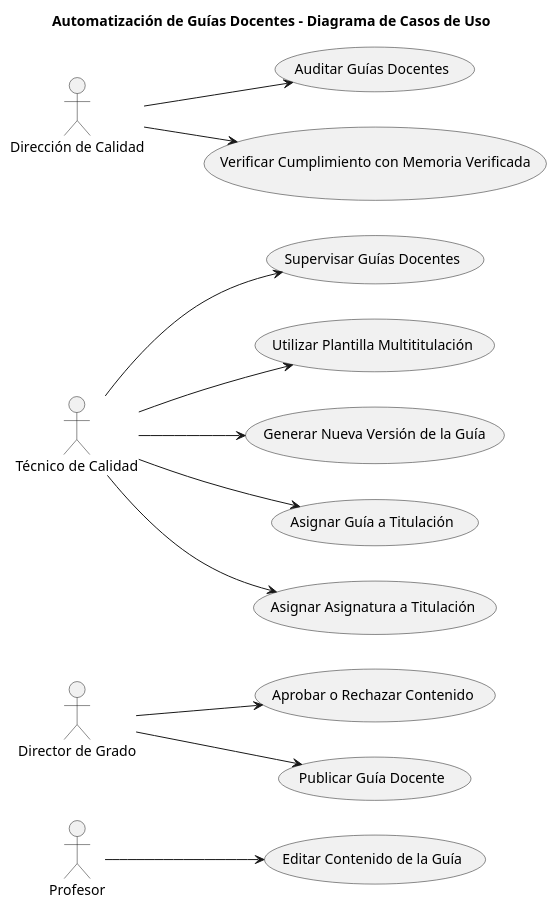
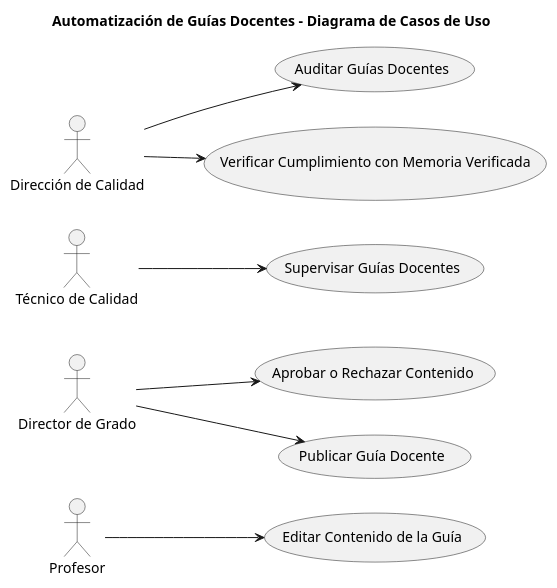
The diagram in CasosDeUso/diagramaCasosDeUso/diagramaCasosDeUso.puml (mmasias/24-25-IdSw1-SDR), drawn with PlantUML before and after one commit.

Commit message:
Update diagramaCasosDeUso.puml
Sobre el diagrama, he eliminado los casos de uso de interacciones externas. Los casos representan una interacción directa y principal entre los actores y el sistema.

```diff
--- a/CasosDeUso/diagramaCasosDeUso/diagramaCasosDeUso.puml
+++ b/CasosDeUso/diagramaCasosDeUso/diagramaCasosDeUso.puml
@@ -1,33 +1,26 @@
 @startuml
 
 title Automatización de Guías Docentes - Diagrama de Casos de Uso
 
 left to right direction
 
 actor Profesor
 actor "Director de Grado" as DirectorGrado
 actor "Técnico de Calidad" as TecnicoCalidad
 actor "Dirección de Calidad" as DireccionCalidad
 
 usecase "Editar Contenido de la Guía" as EditarGuia
 usecase "Aprobar o Rechazar Contenido" as AprobarContenido
 usecase "Supervisar Guías Docentes" as SupervisarGuias
 usecase "Auditar Guías Docentes" as AuditarGuias
-usecase "Utilizar Plantilla Multititulación" as UtilizarPlantilla
-usecase "Generar Nueva Versión de la Guía" as GenerarVersion
-usecase "Asignar Guía a Titulación" as AsignarGuiaTitulacion
-usecase "Asignar Asignatura a Titulación" as AsignarAsignaturaTitulacion
 usecase "Publicar Guía Docente" as PublicarGuia
 usecase "Verificar Cumplimiento con Memoria Verificada" as VerificarMemoria
 
 Profesor --> EditarGuia
 DirectorGrado --> AprobarContenido
 DirectorGrado --> PublicarGuia
 TecnicoCalidad --> SupervisarGuias
-TecnicoCalidad --> UtilizarPlantilla
-TecnicoCalidad --> GenerarVersion
-TecnicoCalidad --> AsignarGuiaTitulacion
-TecnicoCalidad --> AsignarAsignaturaTitulacion
 DireccionCalidad --> AuditarGuias
 DireccionCalidad --> VerificarMemoria
+
 @enduml
```
